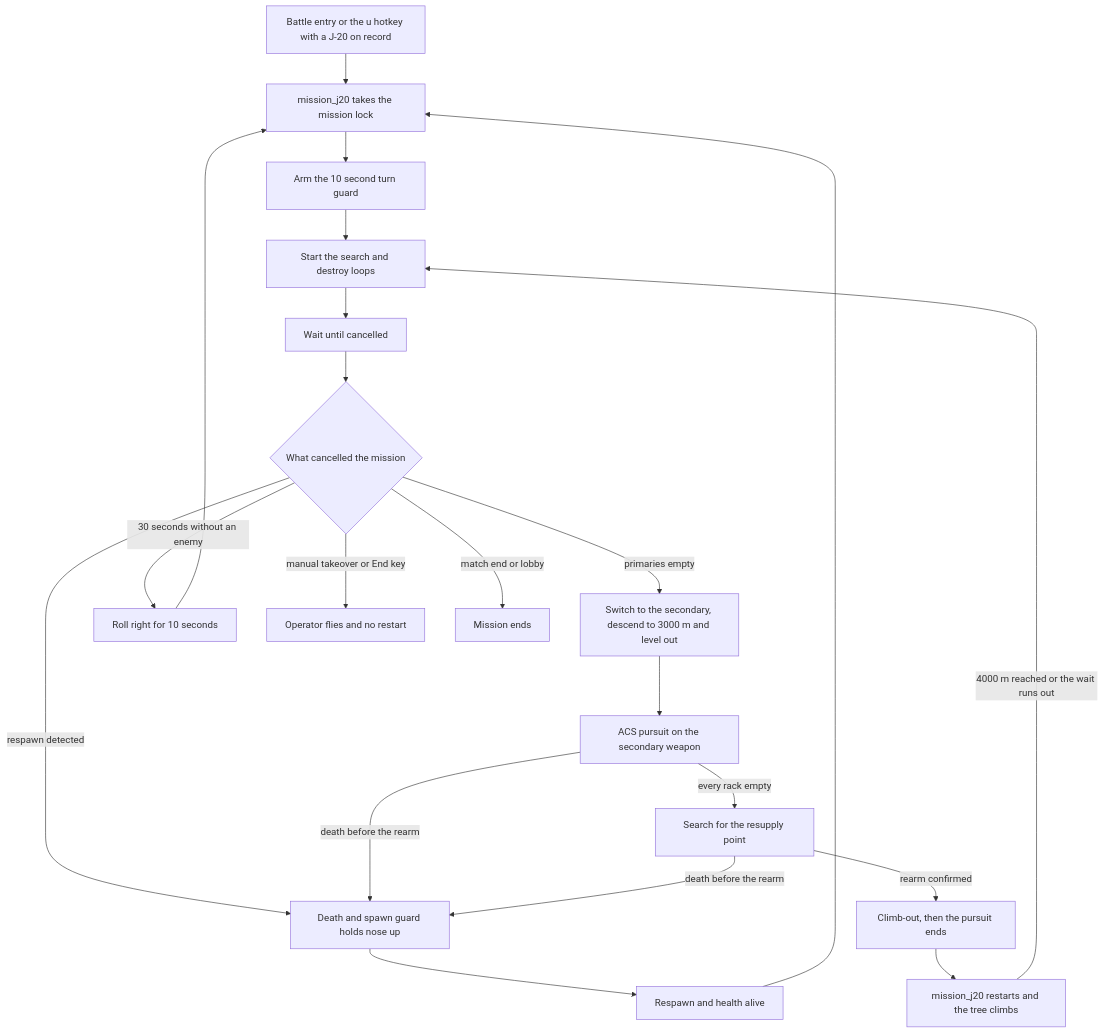
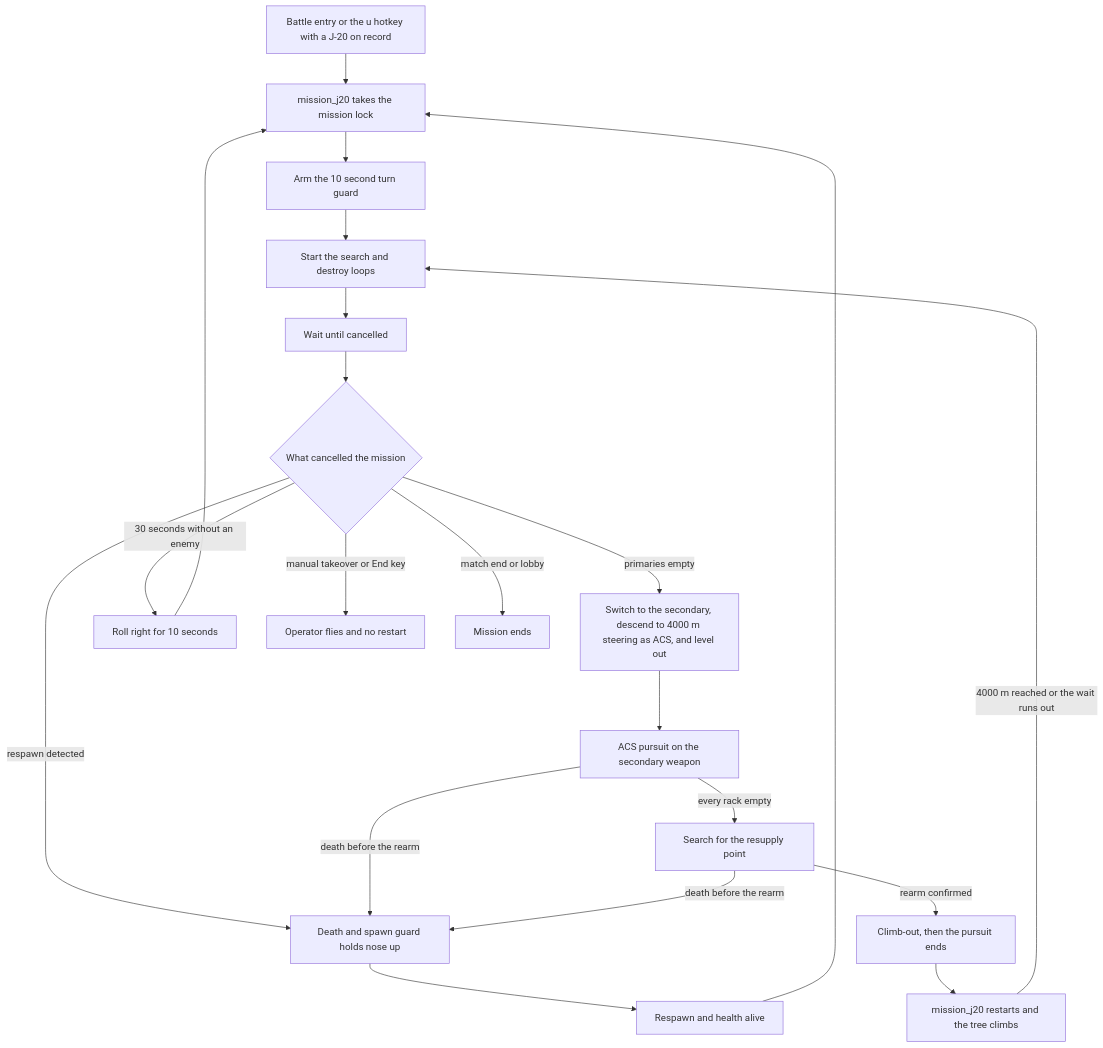
Before and after one commit to mhouse1/wingman: the diagram in docs/missions/j20.md, drawn with Mermaid. The commit also changed other lines of this file and 11 other files, not shown here.

````diff
--- a/docs/missions/j20.md
+++ b/docs/missions/j20.md
@@ -48,23 +49,23 @@
 ```mermaid
 flowchart TD
     A[Battle entry or the u hotkey with a J-20 on record] --> M[mission_j20 takes the mission lock]
     R[Respawn and health alive] --> M
     M --> G[Arm the 10 second turn guard]
     G --> S[Start the search and destroy loops]
     S --> W[Wait until cancelled]
     W --> C{What cancelled the mission}
     C -->|respawn detected| D[Death and spawn guard holds nose up]
     D --> R
-    C -->|primaries empty| V[Switch to the secondary, descend to 3000 m and level out]
+    C -->|primaries empty| V[Switch to the secondary, descend to 4000 m steering as ACS, and level out]
     V --> E[ACS pursuit on the secondary weapon]
     E -->|every rack empty| P[Search for the resupply point]
     P -->|rearm confirmed| B[Climb-out, then the pursuit ends]
     B --> K[mission_j20 restarts and the tree climbs]
     K -->|4000 m reached or the wait runs out| S
     E -->|death before the rearm| D
     P -->|death before the rearm| D
     C -->|30 seconds without an enemy| F[Roll right for 10 seconds]
     F --> M
     C -->|manual takeover or End key| H[Operator flies and no restart]
     C -->|match end or lobby| L[Mission ends]
 ```
````
